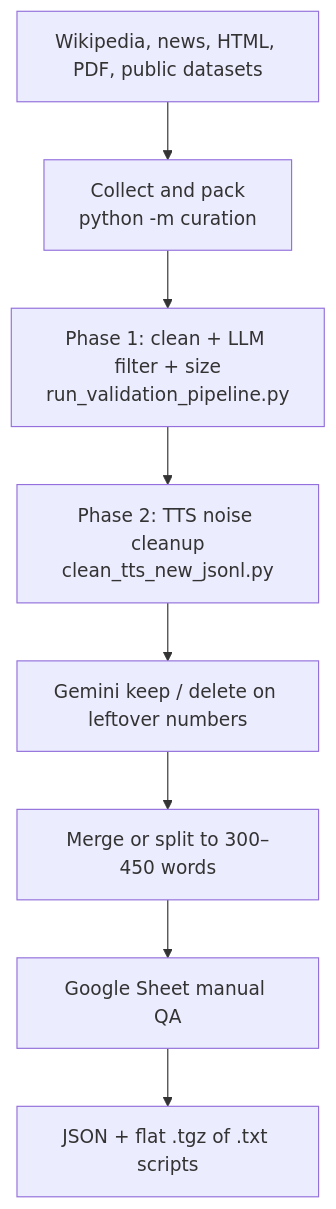
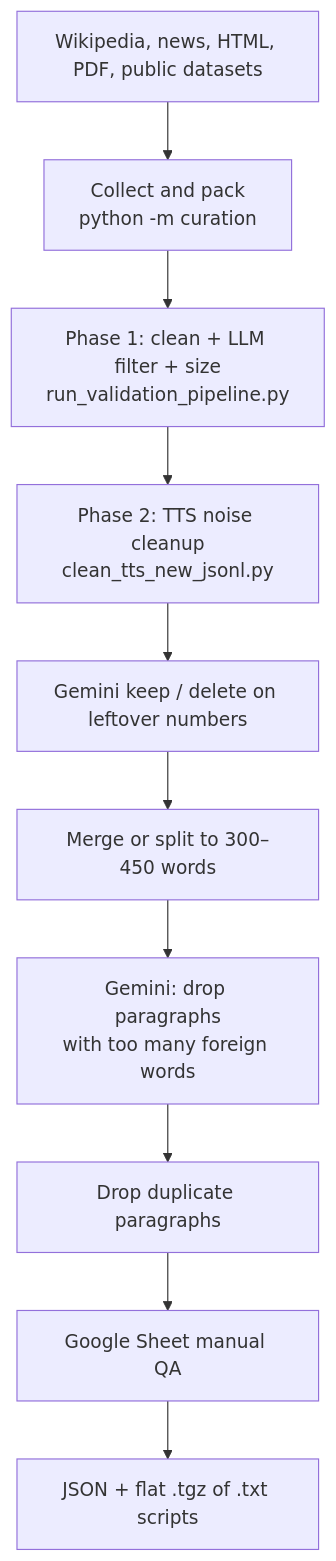
The first of 3 diagrams in docs/onboarding.md (pallavi-sahu/Data_Curation), drawn with Mermaid before and after one commit. The commit also changed other lines of this file and 7 other files, not shown here.

Commit message:
filtering not native words

````diff
--- a/docs/onboarding.md
+++ b/docs/onboarding.md
@@ -27,13 +27,15 @@
 ```mermaid
 flowchart TD
   sources["Wikipedia, news, HTML, PDF, public datasets"]
   collect["Collect and pack<br/>python -m curation"]
   phase1["Phase 1: clean + LLM filter + size<br/>run_validation_pipeline.py"]
   phase2["Phase 2: TTS noise cleanup<br/>clean_tts_new_jsonl.py"]
   gemini["Gemini keep / delete on leftover numbers"]
   size["Merge or split to 300–450 words"]
+  native["Gemini: drop paragraphs<br/>with too many foreign words"]
+  dedupe["Drop duplicate paragraphs"]
   sheet["Google Sheet manual QA"]
   drive["JSON + flat .tgz of .txt scripts"]
 
-  sources --> collect --> phase1 --> phase2 --> gemini --> size --> sheet --> drive
+  sources --> collect --> phase1 --> phase2 --> gemini --> size --> native --> dedupe --> sheet --> drive
 ```
````
